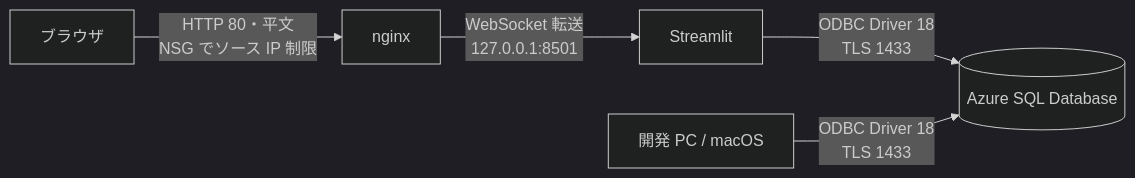
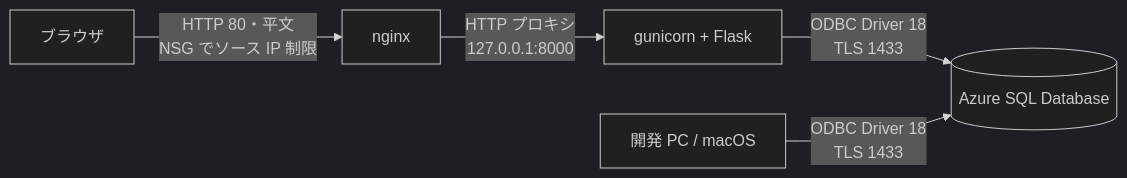
One commit to m-oka-system/mssql-todo-app changed the diagram in README.md. Above: the diagram before and after it, drawn with Mermaid (dark theme). The commit also changed other lines of this file and 13 other files, not shown here.

Commit message:
refactor: Streamlit から Flask + gunicorn へ移植

````diff
--- a/README.md
+++ b/README.md
@@ -11,7 +11,7 @@
 ```mermaid
 flowchart LR
     A[ブラウザ] -->|HTTP 80・平文<br>NSG でソース IP 制限| B[nginx]
-    B -->|WebSocket 転送<br>127.0.0.1:8501| C[Streamlit]
+    B -->|HTTP プロキシ<br>127.0.0.1:8000| C[gunicorn + Flask]
     C -->|ODBC Driver 18<br>TLS 1433| D[(Azure SQL Database)]
     E[開発 PC / macOS] -->|ODBC Driver 18<br>TLS 1433| D
 ```
````
